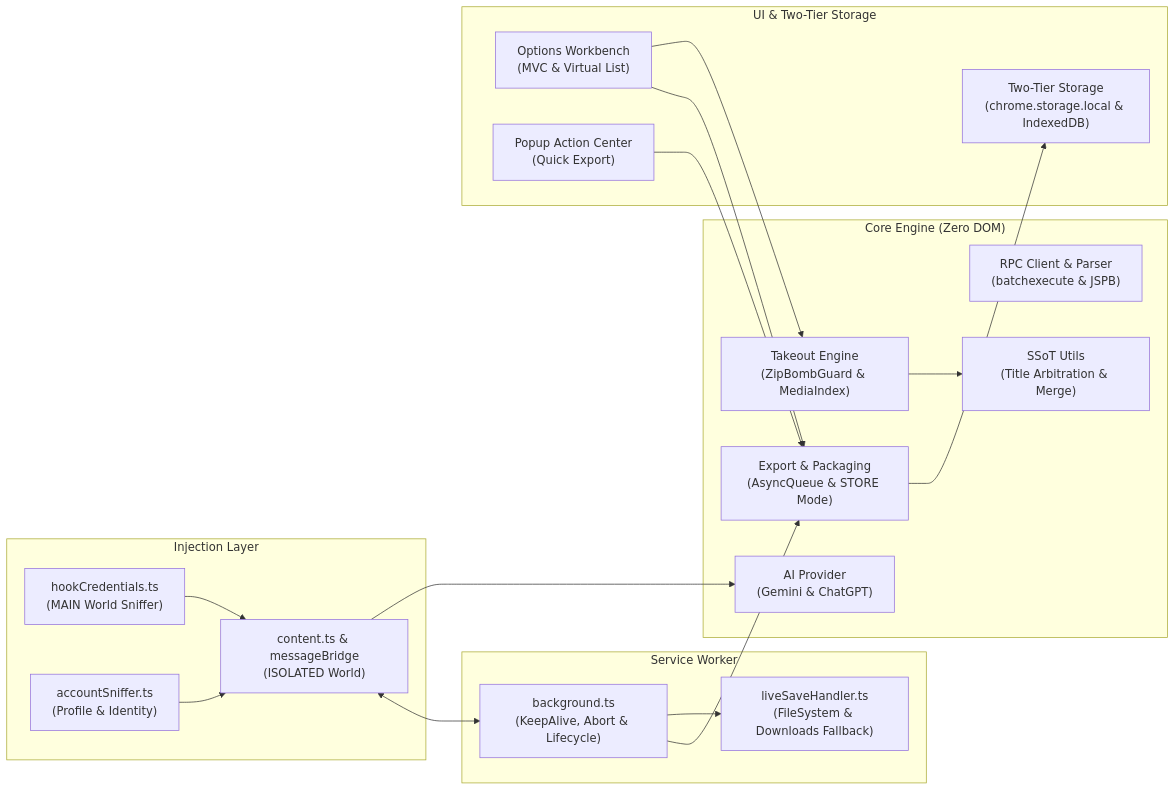
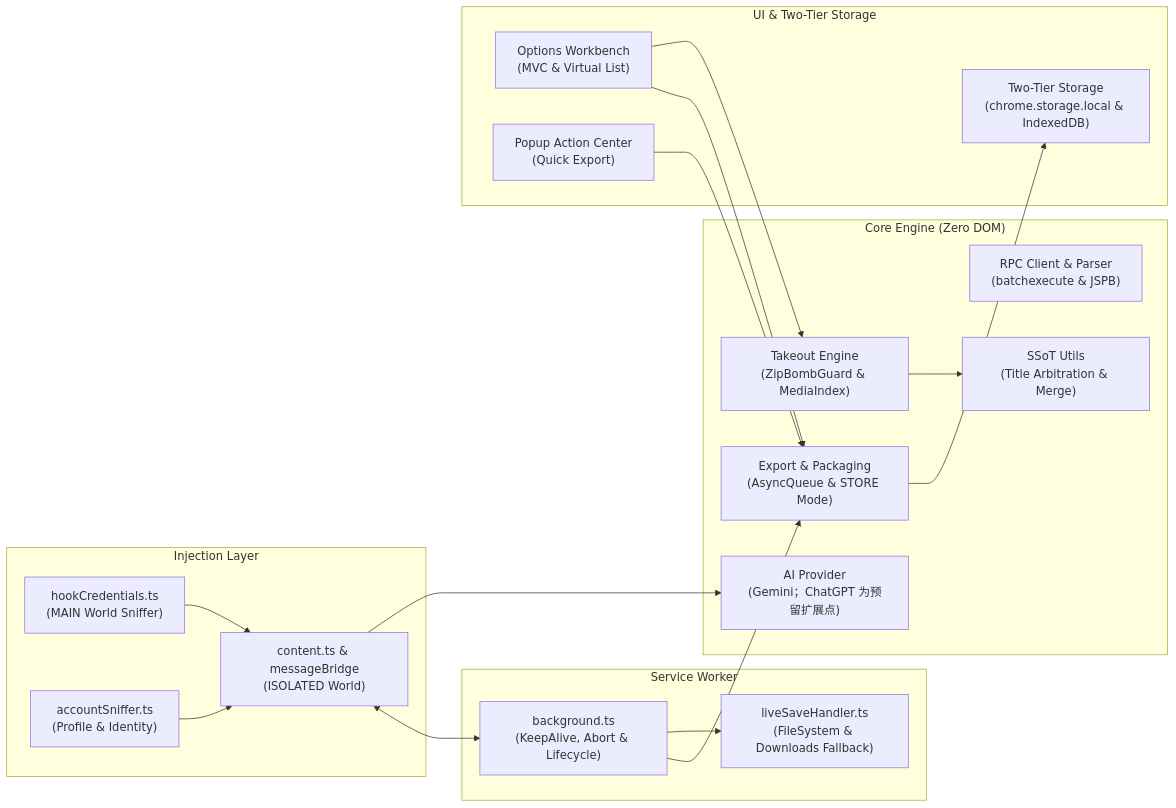
Before and after one commit to OTLFrostA/gemini-exporter: the diagram in README.md, drawn with Mermaid. The commit also changed 9 other files, not shown here.

````diff
--- a/README.md
+++ b/README.md
@@ -65,39 +65,39 @@
 ```mermaid
 graph LR
     subgraph Injection ["Injection Layer"]
         HOOK["hookCredentials.ts<br/>(MAIN World Sniffer)"]
         SNIFFER["accountSniffer.ts<br/>(Profile & Identity)"]
         CS["content.ts & messageBridge<br/>(ISOLATED World)"]
     end
 
     subgraph ServiceWorker ["Service Worker"]
         SW["background.ts<br/>(KeepAlive, Abort & Lifecycle)"]
         LH["liveSaveHandler.ts<br/>(FileSystem & Downloads Fallback)"]
     end
 
     subgraph CoreEngine ["Core Engine (Zero DOM)"]
-        PROV["AI Provider<br/>(Gemini & ChatGPT)"]
+        PROV["AI Provider<br/>(Gemini；ChatGPT 为预留扩展点)"]
         API["RPC Client & Parser<br/>(batchexecute & JSPB)"]
         ENG["Export & Packaging<br/>(AsyncQueue & STORE Mode)"]
         TAKEOUT["Takeout Engine<br/>(ZipBombGuard & MediaIndex)"]
         SSOT["SSoT Utils<br/>(Title Arbitration & Merge)"]
     end
 
     subgraph Presentation ["UI & Two-Tier Storage"]
         WORKBENCH["Options Workbench<br/>(MVC & Virtual List)"]
         POPUP["Popup Action Center<br/>(Quick Export)"]
         STORAGE["Two-Tier Storage<br/>(chrome.storage.local & IndexedDB)"]
     end
 
     HOOK --> CS
     SNIFFER --> CS
     CS <--> SW
     CS --> PROV
     SW --> ENG
     SW --> LH
     WORKBENCH --> ENG
     WORKBENCH --> TAKEOUT
     POPUP --> ENG
     ENG --> STORAGE
     TAKEOUT --> SSOT
 ```
````
